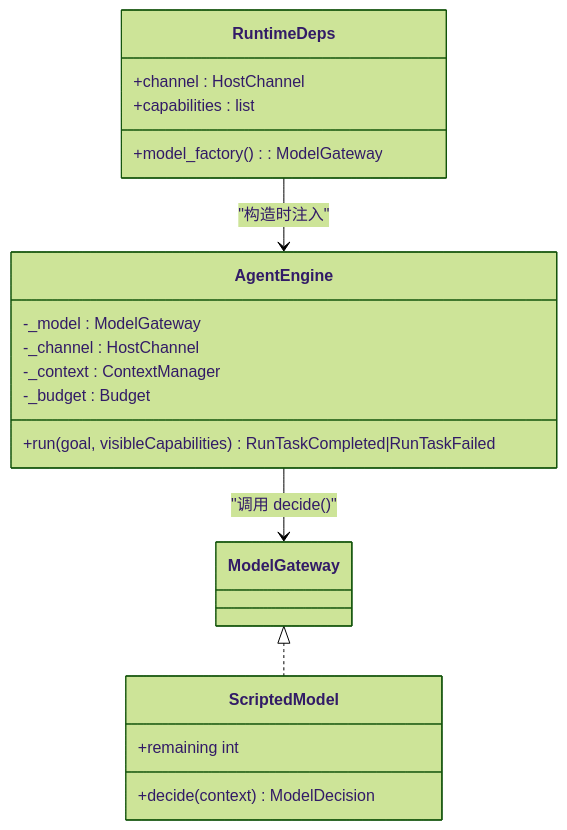
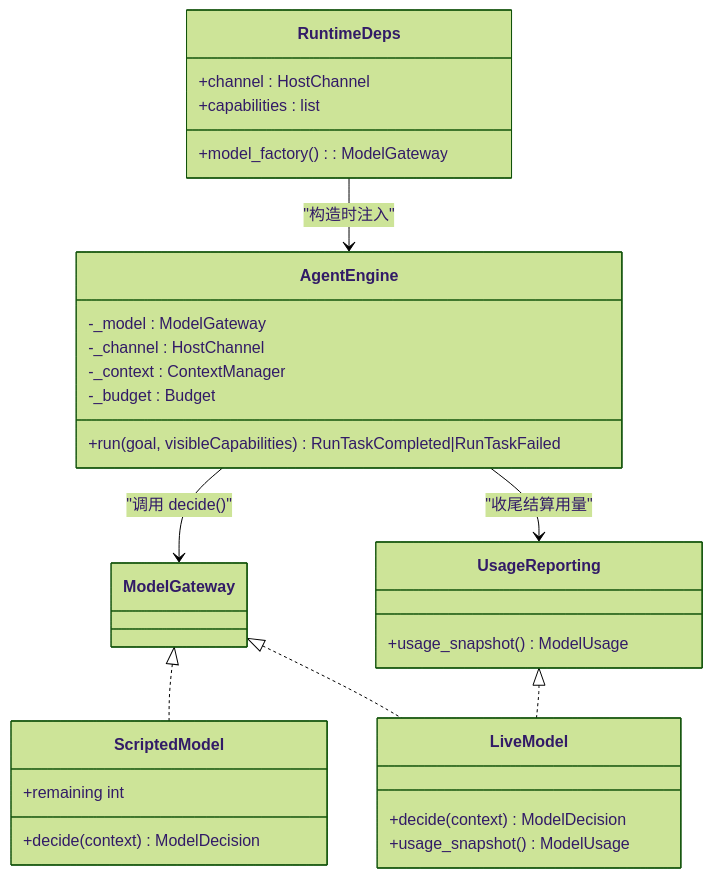
The fifth of 8 diagrams in .repowiki/zh/content/架构设计/Python 运行时架构/模型网关.md (Azusa010/personal-agent), drawn with Mermaid (forest theme) before and after one commit. The commit also changed other lines of this file and 34 other files, not shown here.

````diff
--- a/.repowiki/zh/content/架构设计/Python 运行时架构/模型网关.md
+++ b/.repowiki/zh/content/架构设计/Python 运行时架构/模型网关.md
@@ -213,22 +215,32 @@
 ```mermaid
 classDiagram
 class RuntimeDeps {
 +channel : HostChannel
 +model_factory() : ModelGateway
 +capabilities : list<CapabilityDescriptor>
 }
 class AgentEngine {
 -_model : ModelGateway
 -_channel : HostChannel
 -_context : ContextManager
 -_budget : Budget
 +run(goal, visibleCapabilities) RunTaskCompleted|RunTaskFailed
 }
 class ScriptedModel {
 +decide(context) ModelDecision
 +remaining int
 }
+class LiveModel {
++decide(context) ModelDecision
++usage_snapshot() ModelUsage
+}
+class UsageReporting {
++usage_snapshot() ModelUsage
+}
 RuntimeDeps --> AgentEngine : "构造时注入"
 AgentEngine --> ModelGateway : "调用 decide()"
+AgentEngine --> UsageReporting : "收尾结算用量"
 ModelGateway <|.. ScriptedModel
+ModelGateway <|.. LiveModel
+UsageReporting <|.. LiveModel
 ```
````
